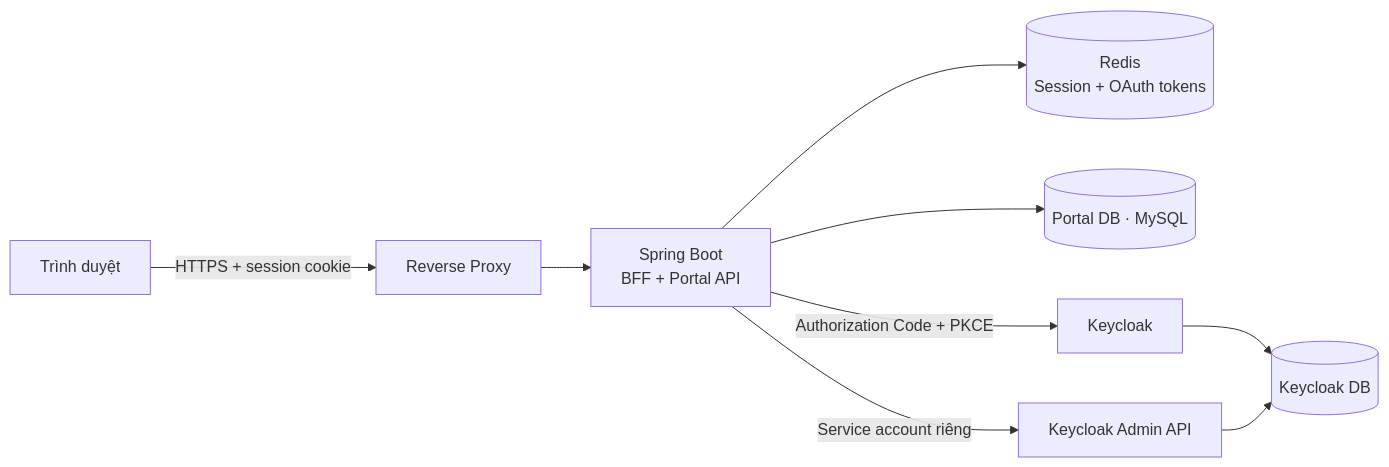
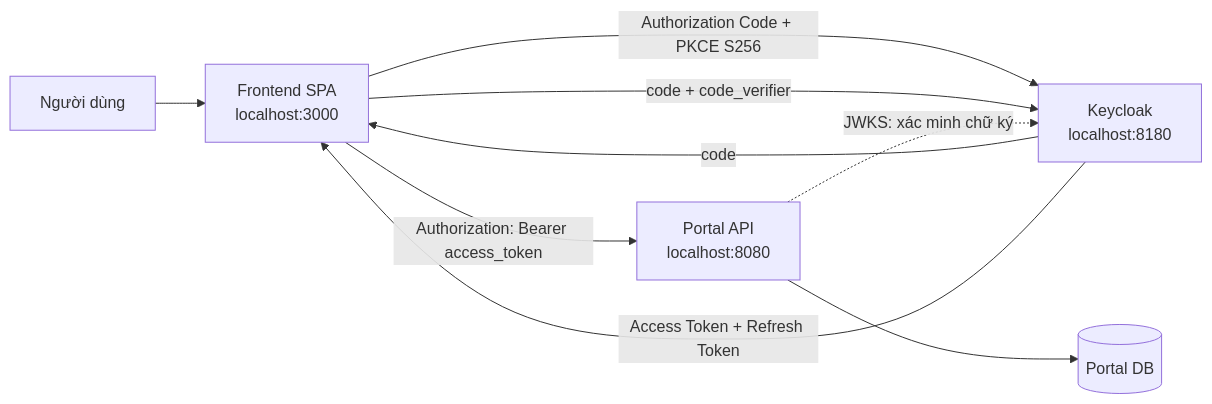
The first of 2 diagrams in LOGIN_FLOW.md (NguyenTruong-An/zerotrust), drawn with Mermaid before and after one commit. The commit also changed other lines of this file and 37 other files, not shown here.

Commit message:
spa+pkce

````diff
--- a/LOGIN_FLOW.md
+++ b/LOGIN_FLOW.md
@@ -39,11 +13,11 @@
 ```mermaid
 flowchart LR
-    USER["Trình duyệt"] -->|"HTTPS + session cookie"| RP["Reverse Proxy"]
-    RP --> APP["Spring Boot<br/>BFF + Portal API"]
-    APP --> REDIS[("Redis<br/>Session + OAuth tokens")]
-    APP --> PORTAL_DB[("Portal DB · MySQL")]
-    APP -->|"Authorization Code + PKCE"| KC["Keycloak"]
-    APP -->|"Service account riêng"| KC_ADMIN["Keycloak Admin API"]
-    KC --> KC_DB[("Keycloak DB")]
-    KC_ADMIN --> KC_DB
+    U["Người dùng"] --> SPA["Frontend SPA<br/>localhost:3000"]
+    SPA -->|"Authorization Code + PKCE S256"| KC["Keycloak<br/>localhost:8180"]
+    KC -->|"code"| SPA
+    SPA -->|"code + code_verifier"| KC
+    KC -->|"Access Token + Refresh Token"| SPA
+    SPA -->|"Authorization: Bearer access_token"| API["Portal API<br/>localhost:8080"]
+    API -. "JWKS: xác minh chữ ký" .-> KC
+    API --> DB[("Portal DB")]
 ```
````
